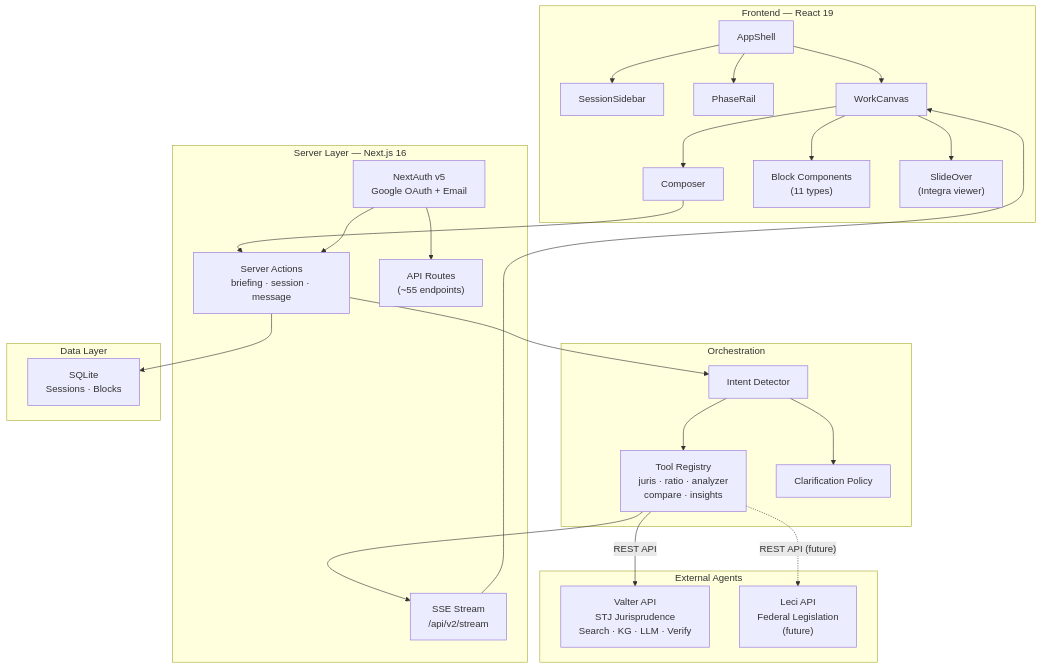
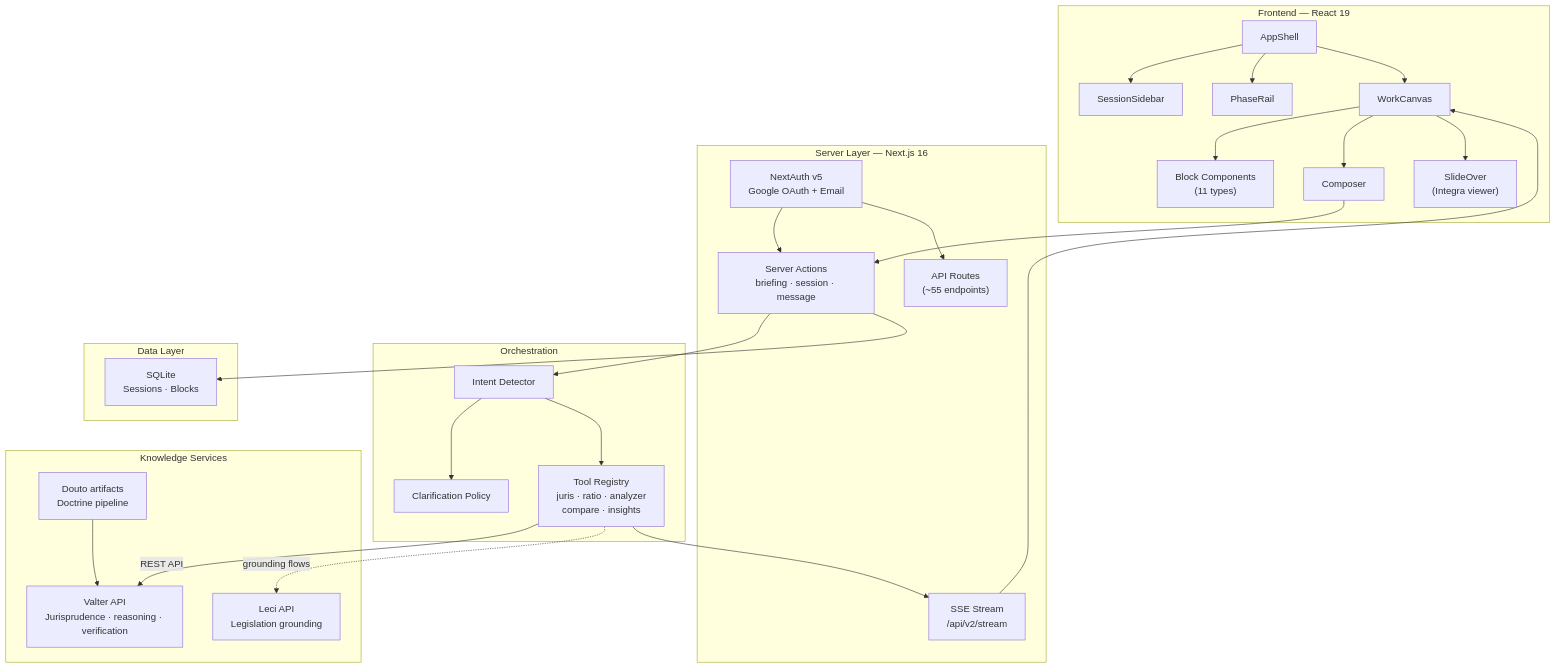
Before and after one commit to sensdiego/sens.legal: the diagram in sites/juca/src/content/docs/architecture/overview.md, drawn with Mermaid. The commit also changed other lines of this file and 57 other files, not shown here.

````diff
--- a/sites/juca/src/content/docs/architecture/overview.md
+++ b/sites/juca/src/content/docs/architecture/overview.md
@@ -29,54 +29,56 @@
 ```mermaid
 graph TB
     subgraph "Frontend — React 19"
         AppShell["AppShell"]
         Sidebar["SessionSidebar"]
         PhaseRail["PhaseRail"]
         Canvas["WorkCanvas"]
         Composer["Composer"]
         Blocks["Block Components<br/>(11 types)"]
         SlideOver["SlideOver<br/>(Integra viewer)"]
     end
 
     subgraph "Server Layer — Next.js 16"
         Actions["Server Actions<br/>briefing · session · message"]
         Routes["API Routes<br/>(~55 endpoints)"]
         SSE["SSE Stream<br/>/api/v2/stream"]
         Auth["NextAuth v5<br/>Google OAuth + Email"]
     end
 
     subgraph "Orchestration"
         Intent["Intent Detector"]
         Tools["Tool Registry<br/>juris · ratio · analyzer<br/>compare · insights"]
         Clarify["Clarification Policy"]
     end
 
-    subgraph "External Agents"
-        Valter["Valter API<br/>STJ Jurisprudence<br/>Search · KG · LLM · Verify"]
-        Leci["Leci API<br/>Federal Legislation<br/>(future)"]
+    subgraph "Knowledge Services"
+        Valter["Valter API<br/>Jurisprudence · reasoning · verification"]
+        Leci["Leci API<br/>Legislation grounding"]
+        Douto["Douto artifacts<br/>Doctrine pipeline"]
     end
 
     subgraph "Data Layer"
         SQLite["SQLite<br/>Sessions · Blocks"]
     end
 
     AppShell --> Sidebar
     AppShell --> PhaseRail
     AppShell --> Canvas
     Canvas --> Blocks
     Canvas --> Composer
     Canvas --> SlideOver
 
     Composer --> Actions
     Actions --> Intent
     Intent --> Clarify
     Intent --> Tools
     Tools -->|"REST API"| Valter
-    Tools -.->|"REST API (future)"| Leci
+    Tools -.->|"grounding flows"| Leci
+    Douto --> Valter
     Tools --> SSE
 
     Actions --> SQLite
     SSE --> Canvas
     Auth --> Actions
     Auth --> Routes
 ```
````
